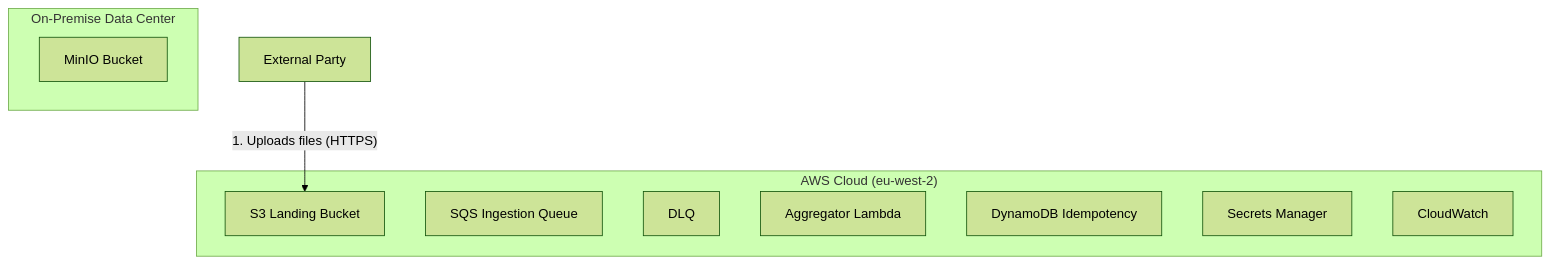
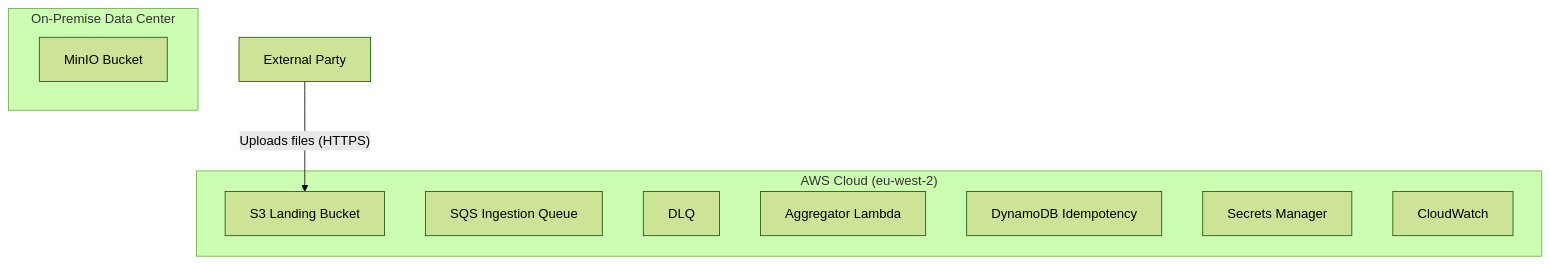
Before and after one commit to jathorp/data-agregator: the diagram in src/data_aggregator/README.md, drawn with Mermaid (forest theme).

Commit message:
Added README for the lambda code

````diff
--- a/src/data_aggregator/README.md
+++ b/src/data_aggregator/README.md
@@ -11,25 +11,25 @@
 ```mermaid
 flowchart TD
   %% External party
   ExternalParty["External Party"]
 
   %% ───── On‑prem ─────
   subgraph OnPrem["On‑Premise Data Center"]
     MinIO["MinIO Bucket"]
   end
 
   %% ───── AWS ─────
   subgraph AWS["AWS Cloud (eu‑west‑2)"]
     S3["S3 Landing Bucket"]
     SQS["SQS Ingestion Queue"]
     DLQ["DLQ"]
     Lambda["Aggregator Lambda"]
     Dynamo["DynamoDB Idempotency"]
     Secrets["Secrets Manager"]
     CW["CloudWatch"]
   end
 
   %% ───────── Edges ─────────
-  ExternalParty -->|"1. Uploads files (HTTPS)"| S3
+  ExternalParty -->|"Uploads files (HTTPS)"| S3
 
 ```
````
